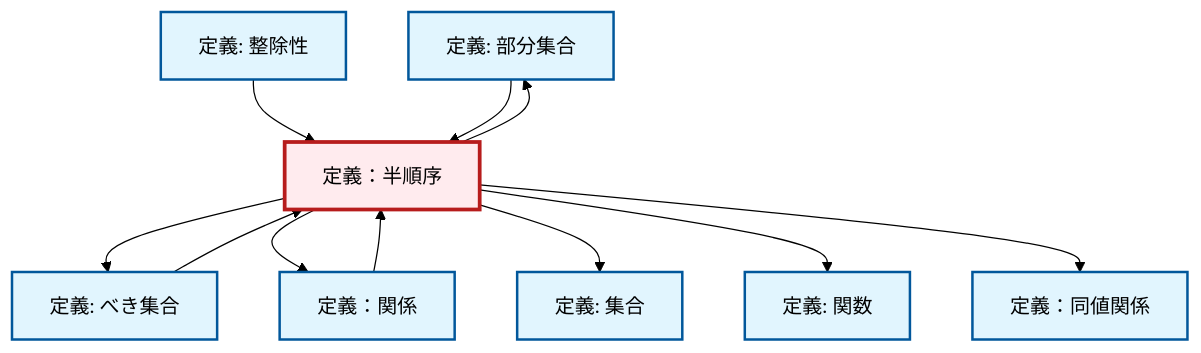
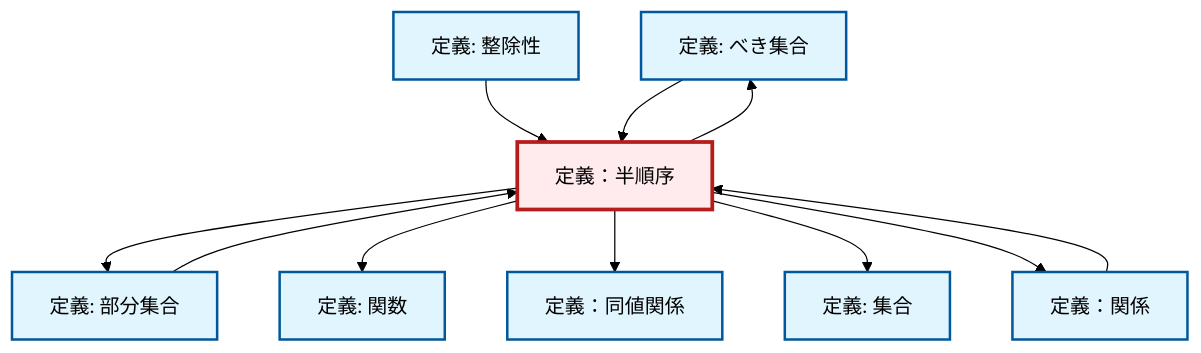
The diagram in content/ja/logic-set-theory/def-partial-order.qmd (RK0429/ModernMath), drawn with Mermaid (forest theme) before and after one commit. The commit also changed 672 other files, not shown here.

````diff
--- a/content/ja/logic-set-theory/def-partial-order.qmd
+++ b/content/ja/logic-set-theory/def-partial-order.qmd
@@ -157,35 +157,35 @@
 ```{mermaid}
-%%| fig-cap: "Local dependency graph"
+%%| fig-cap: "ローカル依存関係グラフ"
 graph TD
     classDef definition fill:#e1f5fe,stroke:#01579b,stroke-width:2px
     classDef theorem fill:#f3e5f5,stroke:#4a148c,stroke-width:2px
     classDef axiom fill:#fff3e0,stroke:#e65100,stroke-width:2px
     classDef example fill:#e8f5e9,stroke:#1b5e20,stroke-width:2px
     classDef current fill:#ffebee,stroke:#b71c1c,stroke-width:3px
+    def-set["定義: 集合"]:::definition
+    def-power-set["定義: べき集合"]:::definition
+    def-partial-order["定義：半順序"]:::definition
+    def-function["定義: 関数"]:::definition
     def-subset["定義: 部分集合"]:::definition
-    def-partial-order["定義：半順序"]:::definition
-    def-set["定義: 集合"]:::definition
     def-equivalence-relation["定義：同値関係"]:::definition
-    def-function["定義: 関数"]:::definition
-    def-power-set["定義: べき集合"]:::definition
+    def-relation["定義：関係"]:::definition
     def-divisibility["定義: 整除性"]:::definition
-    def-relation["定義：関係"]:::definition
+    def-partial-order --> def-subset
+    def-partial-order --> def-function
+    def-subset --> def-partial-order
+    def-partial-order --> def-equivalence-relation
+    def-relation --> def-partial-order
+    def-divisibility --> def-partial-order
+    def-partial-order --> def-set
     def-partial-order --> def-power-set
+    def-power-set --> def-partial-order
     def-partial-order --> def-relation
-    def-relation --> def-partial-order
-    def-partial-order --> def-set
-    def-divisibility --> def-partial-order
-    def-partial-order --> def-function
-    def-partial-order --> def-equivalence-relation
-    def-power-set --> def-partial-order
-    def-subset --> def-partial-order
-    def-partial-order --> def-subset
     class def-partial-order current
+    click def-set "def-set.html" "集合の定義へ"
+    click def-power-set "def-power-set.html" "べき集合の定義へ"
+    click def-function "def-function.html" "関数の定義へ"
     click def-subset "def-subset.html" "部分集合の定義へ"
-    click def-set "def-set.html" "集合の定義へ"
     click def-equivalence-relation "def-equivalence-relation.html" "定義：同値関係へ"
-    click def-function "def-function.html" "関数の定義へ"
-    click def-power-set "def-power-set.html" "べき集合の定義へ"
+    click def-relation "def-relation.html" "定義：関係へ"
     click def-divisibility "def-divisibility.html" "整除性の定義へ"
-    click def-relation "def-relation.html" "定義：関係へ"
 ```
````
